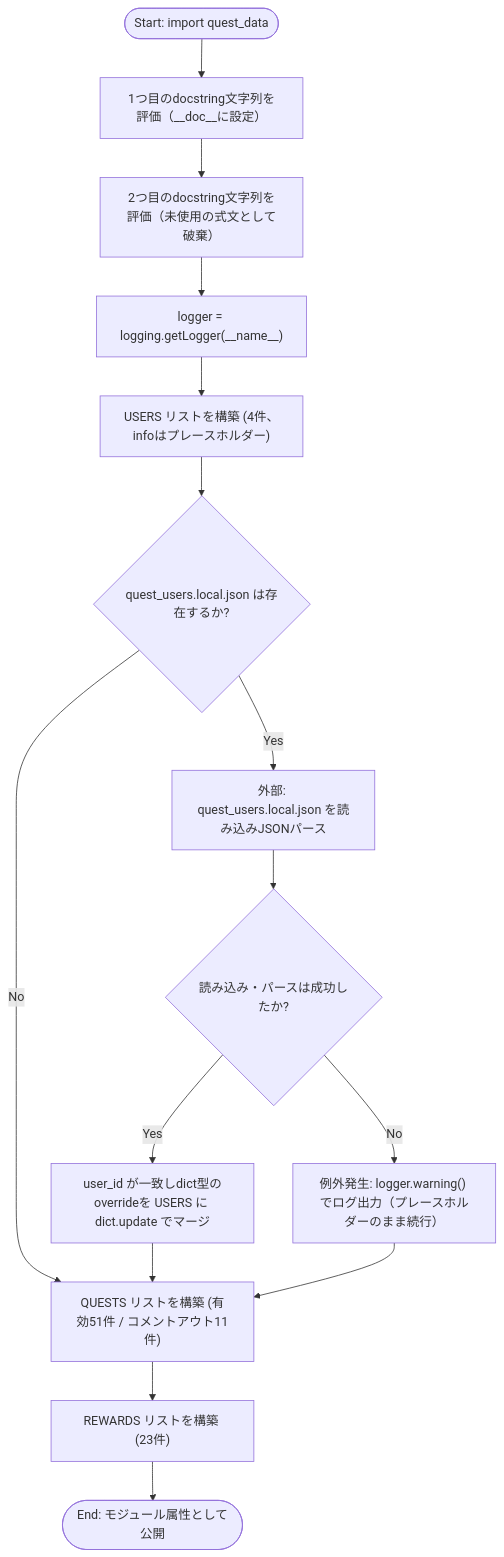
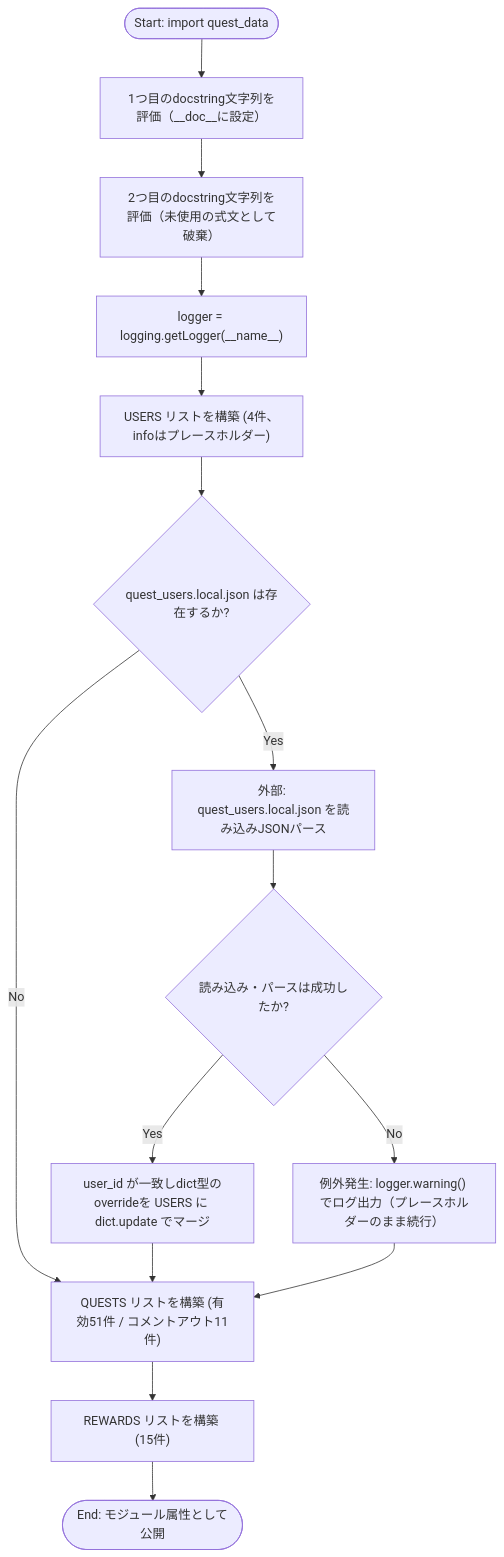
One commit to mmtigers/my_python_project changed the first of 2 diagrams in docs/specifications/MY_HOME_SYSTEM/quest_data.md. Above: the diagram before and after it, drawn with Mermaid. The commit also changed other lines of this file and 1 other file, not shown here.

````diff
--- a/docs/specifications/MY_HOME_SYSTEM/quest_data.md
+++ b/docs/specifications/MY_HOME_SYSTEM/quest_data.md
@@ -197,17 +197,17 @@
 ```mermaid
 flowchart TD
     Start(["Start: import quest_data"]) --> Doc1["1つ目のdocstring文字列を評価（__doc__に設定）"]
     Doc1 --> Doc2["2つ目のdocstring文字列を評価（未使用の式文として破棄）"]
     Doc2 --> InitLogger["logger = logging.getLogger(__name__)"]
     InitLogger --> BuildUsers["USERS リストを構築 (4件、infoはプレースホルダー)"]
     BuildUsers --> CheckLocal{"quest_users.local.json は存在するか?"}
     CheckLocal -- No --> BuildQuests["QUESTS リストを構築 (有効51件 / コメントアウト11件)"]
     CheckLocal -- Yes --> LoadLocal["外部: quest_users.local.json を読み込みJSONパース"]
     LoadLocal --> MergeCheck{"読み込み・パースは成功したか?"}
     MergeCheck -- Yes --> MergeUsers["user_id が一致しdict型のoverrideを USERS に dict.update でマージ"]
     MergeCheck -- No --> LogWarn["例外発生: logger.warning() でログ出力（プレースホルダーのまま続行）"]
     MergeUsers --> BuildQuests
     LogWarn --> BuildQuests
-    BuildQuests --> BuildRewards["REWARDS リストを構築 (23件)"]
+    BuildQuests --> BuildRewards["REWARDS リストを構築 (15件)"]
     BuildRewards --> End(["End: モジュール属性として公開"])
 ```
````
